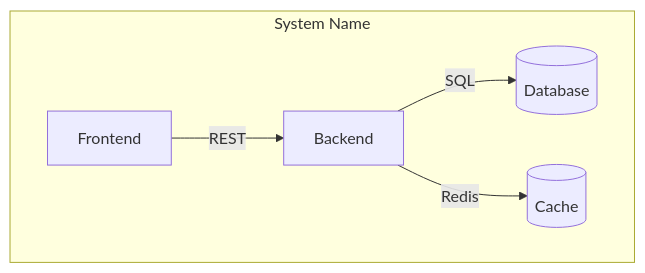
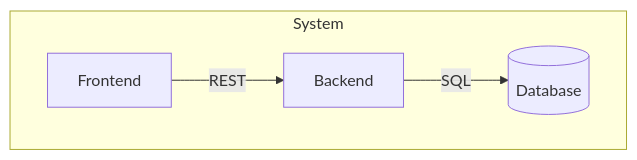
Before and after one commit to lagz0ne/c3-skill: the second of 2 diagrams in skills/c3-context-design/SKILL.md, drawn with Mermaid. The commit also changed other lines of this file and 9 other files, not shown here.

````diff
--- a/skills/c3-context-design/SKILL.md
+++ b/skills/c3-context-design/SKILL.md
@@ -141,13 +88,11 @@
 ```mermaid
 graph TB
-    subgraph "System Name"
+    subgraph "System"
         FE[Frontend]
         BE[Backend]
         DB[(Database)]
-        Cache[(Cache)]
     end
 
     FE -->|REST| BE
     BE -->|SQL| DB
-    BE -->|Redis| Cache
 ```
````
